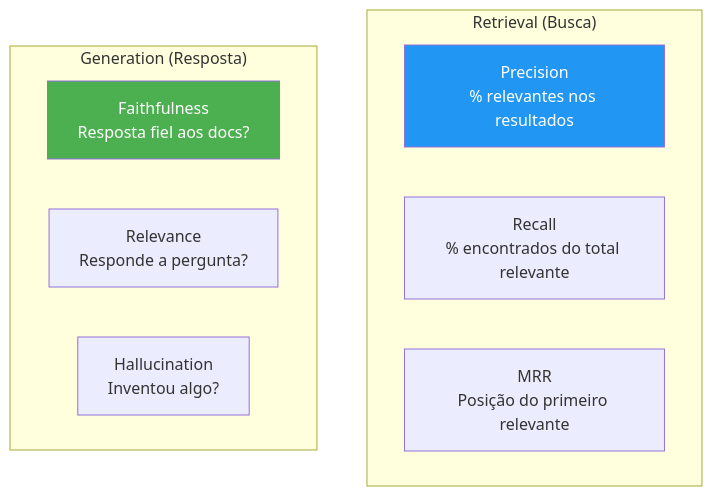
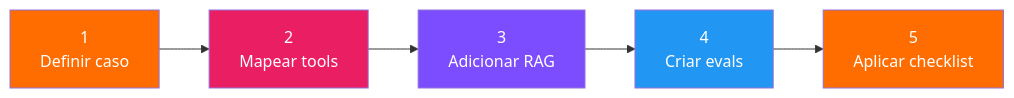
Before and after one commit to IA-para-DEVs-SD/AI4devs: the third of 3 diagrams in docs/bloco2/s05-rag-avaliacao.md, drawn with Mermaid. The commit also changed other lines of this file and 4 other files, not shown here.

````diff
--- a/docs/bloco2/s05-rag-avaliacao.md
+++ b/docs/bloco2/s05-rag-avaliacao.md
@@ -94,17 +346,13 @@
 ```mermaid
-flowchart TD
-    subgraph "Retrieval (Busca)"
-        R1[Precision<br/>% relevantes nos resultados]
-        R2[Recall<br/>% encontrados do total relevante]
-        R3[MRR<br/>Posição do primeiro relevante]
-    end
+flowchart LR
+    A[1<br/>Definir caso] --> B[2<br/>Mapear tools]
+    B --> C[3<br/>Adicionar RAG]
+    C --> D[4<br/>Criar evals]
+    D --> E[5<br/>Aplicar checklist]
     
-    subgraph "Generation (Resposta)"
-        G1[Faithfulness<br/>Resposta fiel aos docs?]
-        G2[Relevance<br/>Responde a pergunta?]
-        G3[Hallucination<br/>Inventou algo?]
-    end
-    
-    style R1 fill:#2196f3,color:#fff
-    style G1 fill:#4caf50,color:#fff
+    style A fill:#ff6d00,color:#fff
+    style B fill:#e91e63,color:#fff
+    style C fill:#7c4dff,color:#fff
+    style D fill:#2196f3,color:#fff
+    style E fill:#ff6d00,color:#fff
 ```
````
